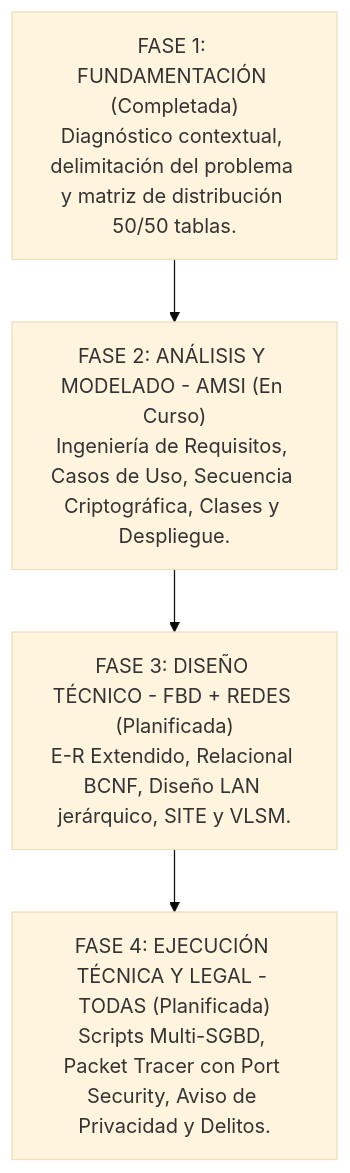
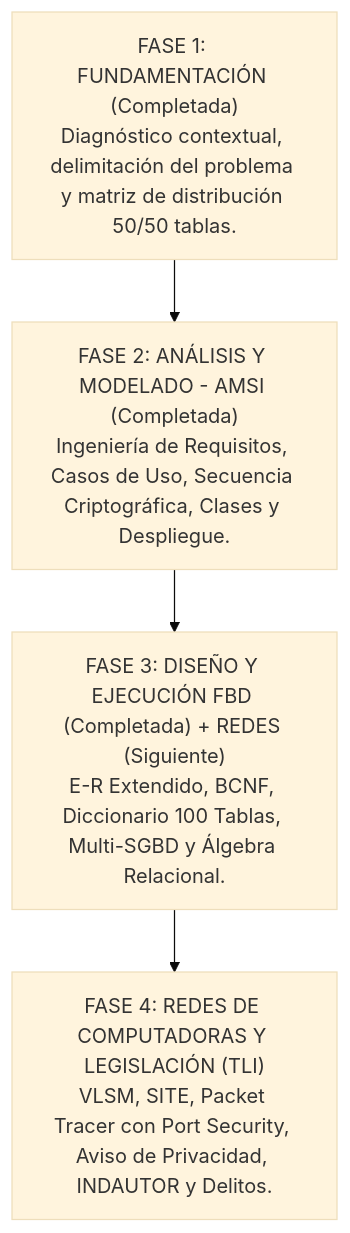
One commit to Nataliadleon/Proyecto-integrador changed the diagram in README.md. Above: the diagram before and after it, drawn with Mermaid (base theme). The commit also changed other lines of this file and 20 other files, not shown here.

Commit message:
FBD 2.4: Implementar scripts Multi-SGBD (SQL Server y PostgreSQL), 10 consultas de Algebra Relacional, Hot-Swap y mejoras 1FN en diccionario 2.3

````diff
--- a/README.md
+++ b/README.md
@@ -43,6 +43,6 @@
 ```mermaid
 flowchart TD
-    F1["FASE 1: FUNDAMENTACIÓN (Completada)<br/>Diagnóstico contextual, delimitación del problema y matriz de distribución 50/50 tablas."] --> F2["FASE 2: ANÁLISIS Y MODELADO - AMSI (En Curso)<br/>Ingeniería de Requisitos, Casos de Uso, Secuencia Criptográfica, Clases y Despliegue."]
-    F2 --> F3["FASE 3: DISEÑO TÉCNICO - FBD + REDES (Planificada)<br/>E-R Extendido, Relacional BCNF, Diseño LAN jerárquico, SITE y VLSM."]
-    F3 --> F4["FASE 4: EJECUCIÓN TÉCNICA Y LEGAL - TODAS (Planificada)<br/>Scripts Multi-SGBD, Packet Tracer con Port Security, Aviso de Privacidad y Delitos."]
+    F1["FASE 1: FUNDAMENTACIÓN (Completada)<br/>Diagnóstico contextual, delimitación del problema y matriz de distribución 50/50 tablas."] --> F2["FASE 2: ANÁLISIS Y MODELADO - AMSI (Completada)<br/>Ingeniería de Requisitos, Casos de Uso, Secuencia Criptográfica, Clases y Despliegue."]
+    F2 --> F3["FASE 3: DISEÑO Y EJECUCIÓN FBD (Completada) + REDES (Siguiente)<br/>E-R Extendido, BCNF, Diccionario 100 Tablas, Multi-SGBD y Álgebra Relacional."]
+    F3 --> F4["FASE 4: REDES DE COMPUTADORAS Y LEGISLACIÓN (TLI)<br/>VLSM, SITE, Packet Tracer con Port Security, Aviso de Privacidad, INDAUTOR y Delitos."]
 ```
````
